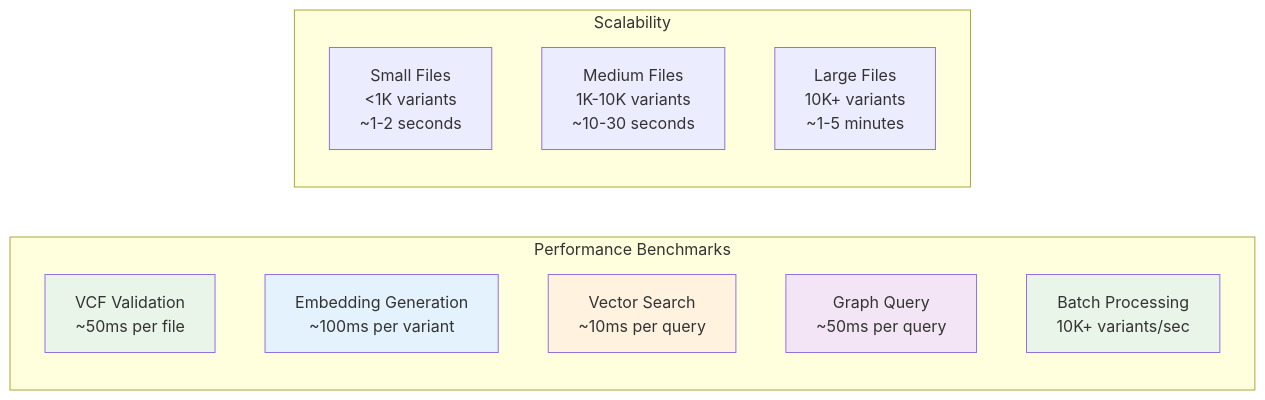
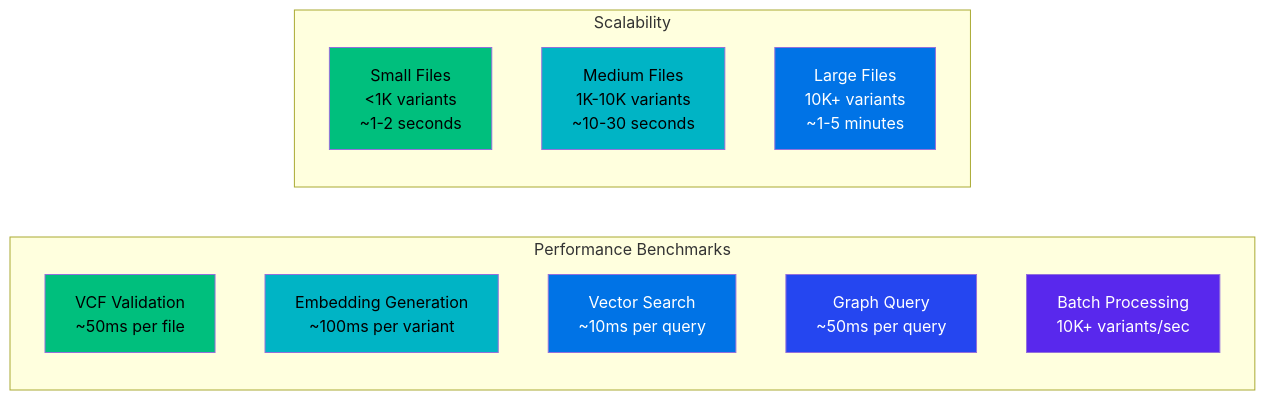
Before and after one commit to elementalcollision/vcf_analysis: diagram 11 of 13 in README.md, drawn with Mermaid. The commit also changed other lines of this file and 1 other file, not shown here.

````diff
--- a/README.md
+++ b/README.md
@@ -854,22 +872,25 @@
 ```mermaid
 graph LR
     subgraph "Performance Benchmarks"
         VCF_VAL[VCF Validation<br/>~50ms per file]
         EMBED[Embedding Generation<br/>~100ms per variant]
         SEARCH[Vector Search<br/>~10ms per query]
         GRAPH[Graph Query<br/>~50ms per query]
         BATCH[Batch Processing<br/>10K+ variants/sec]
     end
     
     subgraph "Scalability"
         SMALL[Small Files<br/><1K variants<br/>~1-2 seconds]
         MEDIUM[Medium Files<br/>1K-10K variants<br/>~10-30 seconds]
         LARGE[Large Files<br/>10K+ variants<br/>~1-5 minutes]
     end
     
-    style VCF_VAL fill:#e8f5e8
-    style EMBED fill:#e3f2fd
-    style SEARCH fill:#fff3e0
-    style GRAPH fill:#f3e5f5
-    style BATCH fill:#e8f5e8
+    style VCF_VAL fill:#00bf7d,color:#000000
+    style EMBED fill:#00b4c5,color:#000000
+    style SEARCH fill:#0073e6,color:#ffffff
+    style GRAPH fill:#2546f0,color:#ffffff
+    style BATCH fill:#5928ed,color:#ffffff
+    style SMALL fill:#00bf7d,color:#000000
+    style MEDIUM fill:#00b4c5,color:#000000
+    style LARGE fill:#0073e6,color:#ffffff
 ```
````
